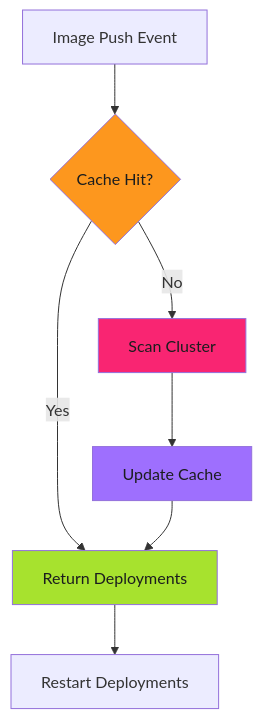
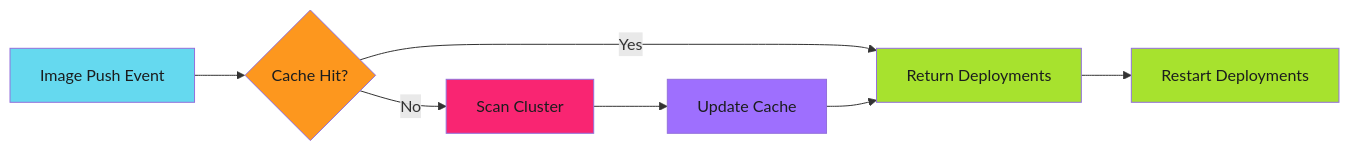
Before and after one commit to adaptive-enforcement-lab/adaptive-enforcement-lab-com: the second of 3 diagrams in docs/blog/posts/2025-11-29-from-5-seconds-to-5-milliseconds.md, drawn with Mermaid. The commit also changed other lines of this file, not shown here.

First line of the commit message:
Streamline blog post and fix mermaid diagrams (#46)

````diff
--- a/docs/blog/posts/2025-11-29-from-5-seconds-to-5-milliseconds.md
+++ b/docs/blog/posts/2025-11-29-from-5-seconds-to-5-milliseconds.md
@@ -103,14 +103,16 @@
 ```mermaid
-flowchart TD
+flowchart LR
     A[Image Push Event] --> B{Cache Hit?}
     B -->|Yes| C[Return Deployments]
     B -->|No| D[Scan Cluster]
     D --> E[Update Cache]
     E --> C
     C --> F[Restart Deployments]
 
+    style A fill:#65d9ef,color:#1b1d1e
     style B fill:#fd971e,color:#1b1d1e
     style C fill:#a7e22e,color:#1b1d1e
     style D fill:#f92572,color:#1b1d1e
     style E fill:#9e6ffe,color:#1b1d1e
+    style F fill:#a7e22e,color:#1b1d1e
 ```
````
